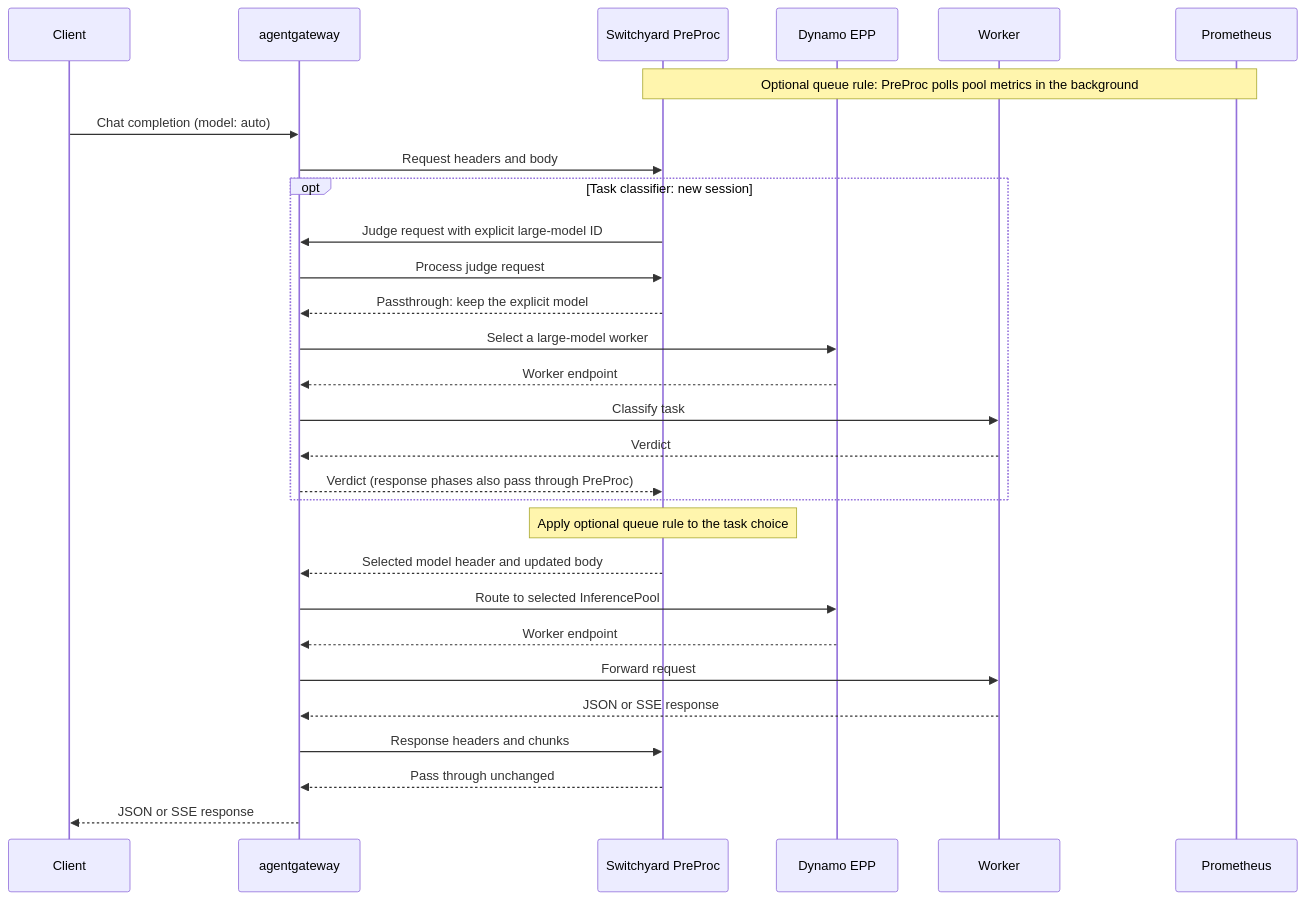
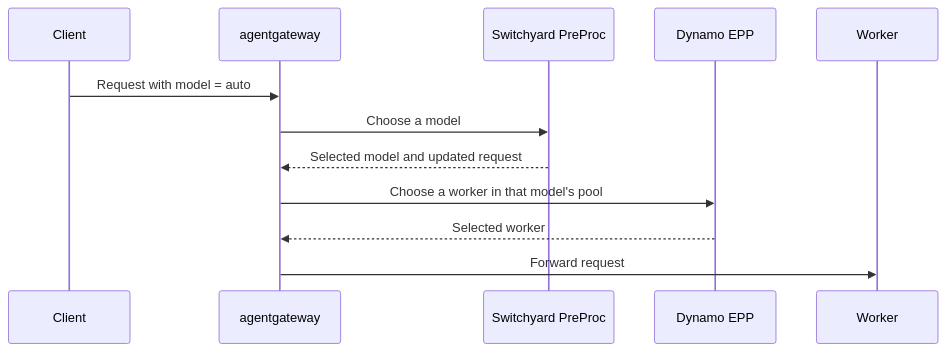
The diagram in examples/dynamo-preproc/README.md (NVIDIA-NeMo/Switchyard), drawn with Mermaid before and after one commit. The commit also changed 1 other file, not shown here.

Commit message:
style(routing): clarify boolean names and simplify the request diagram

````diff
--- a/examples/dynamo-preproc/README.md
+++ b/examples/dynamo-preproc/README.md
@@ -16,31 +16,15 @@
 ```mermaid
 sequenceDiagram
     participant Client
     participant Gateway as agentgateway
     participant Proc as Switchyard PreProc
     participant EPP as Dynamo EPP
     participant Worker
-    participant Prom as Prometheus
-    Note over Proc,Prom: Optional queue rule: PreProc polls pool metrics in the background
-    Client->>Gateway: Chat completion (model: auto)
-    Gateway->>Proc: Request headers and body
-    opt Task classifier: new session
-        Proc->>Gateway: Judge request with explicit large-model ID
-        Gateway->>Proc: Process judge request
-        Proc-->>Gateway: Passthrough: keep the explicit model
-        Gateway->>EPP: Select a large-model worker
-        EPP-->>Gateway: Worker endpoint
-        Gateway->>Worker: Classify task
-        Worker-->>Gateway: Verdict
-        Gateway-->>Proc: Verdict (response phases also pass through PreProc)
-    end
-    Note over Proc: Apply optional queue rule to the task choice
-    Proc-->>Gateway: Selected model header and updated body
-    Gateway->>EPP: Route to selected InferencePool
-    EPP-->>Gateway: Worker endpoint
+
+    Client->>Gateway: Request with model = auto
+    Gateway->>Proc: Choose a model
+    Proc-->>Gateway: Selected model and updated request
+    Gateway->>EPP: Choose a worker in that model's pool
+    EPP-->>Gateway: Selected worker
     Gateway->>Worker: Forward request
-    Worker-->>Gateway: JSON or SSE response
-    Gateway->>Proc: Response headers and chunks
-    Proc-->>Gateway: Pass through unchanged
-    Gateway-->>Client: JSON or SSE response
 ```
````
